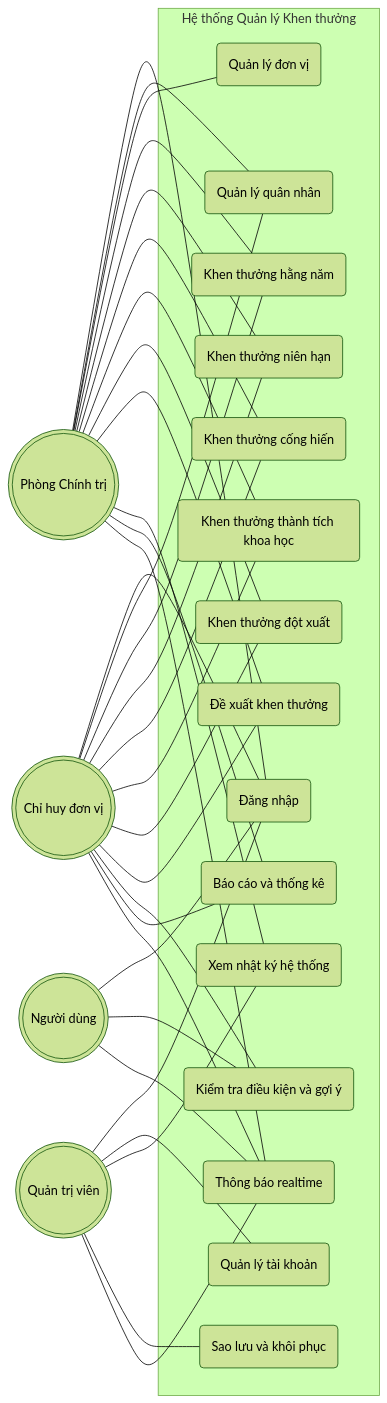
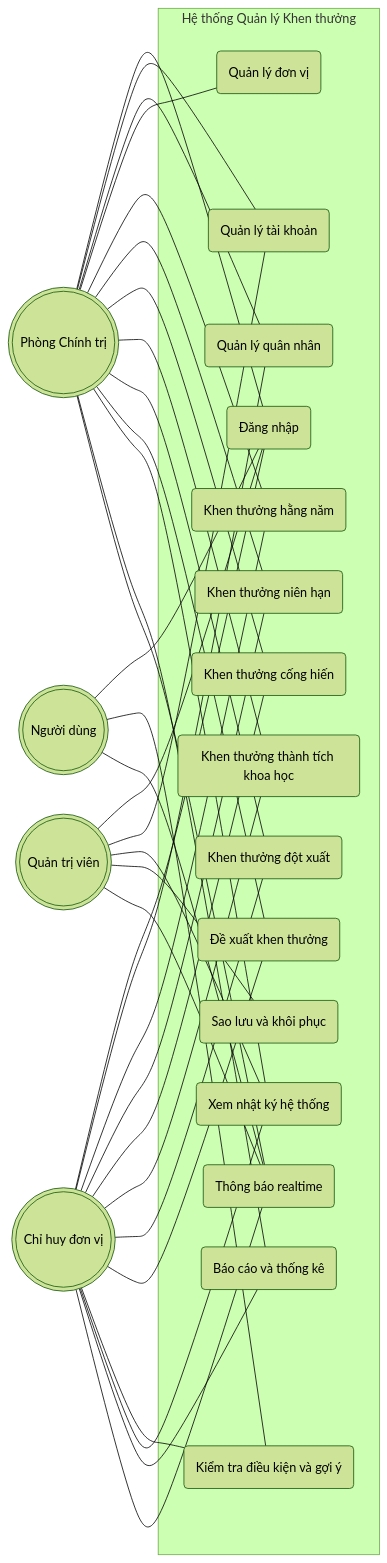
One commit to tranducbk/DATN_PM_QLKT changed the first of 14 diagrams in docs/diagrams/01-use-case.md. Above: the diagram before and after it, drawn with Mermaid (forest theme). The commit also changed other lines of this file and 4 other files, not shown here.

````diff
--- a/docs/diagrams/01-use-case.md
+++ b/docs/diagrams/01-use-case.md
@@ -15,61 +15,63 @@
 ```mermaid
 flowchart LR
     SA(((Quản trị viên)))
     AD(((Phòng Chính trị)))
     MG(((Chỉ huy đơn vị)))
     US(((Người dùng)))
 
     subgraph SYS[Hệ thống Quản lý Khen thưởng]
         UC1(Đăng nhập)
         UC2(Quản lý tài khoản)
         UC3(Quản lý quân nhân)
         UC4(Quản lý đơn vị)
         UC5(Khen thưởng hằng năm)
         UC6(Khen thưởng niên hạn)
         UC7(Khen thưởng cống hiến)
         UC8(Khen thưởng thành tích khoa học)
         UC9(Khen thưởng đột xuất)
         UC10(Đề xuất khen thưởng)
         UC11(Kiểm tra điều kiện và gợi ý)
         UC12(Thông báo realtime)
         UC13(Xem nhật ký hệ thống)
         UC14(Sao lưu và khôi phục)
         UC15(Báo cáo và thống kê)
     end
 
     SA --- UC1
     AD --- UC1
     MG --- UC1
     US --- UC1
 
     SA --- UC2
+    AD --- UC2
     SA --- UC13
     SA --- UC14
 
     AD --- UC3
     AD --- UC4
     AD --- UC5
     AD --- UC6
     AD --- UC7
     AD --- UC8
     AD --- UC9
     AD --- UC10
     AD --- UC13
     AD --- UC15
 
     MG --- UC3
     MG --- UC5
     MG --- UC6
     MG --- UC7
     MG --- UC8
     MG --- UC9
     MG --- UC10
     MG --- UC11
+    MG --- UC13
     MG --- UC15
 
     US --- UC11
     US --- UC12
     SA --- UC12
     AD --- UC12
     MG --- UC12
 ```
````
